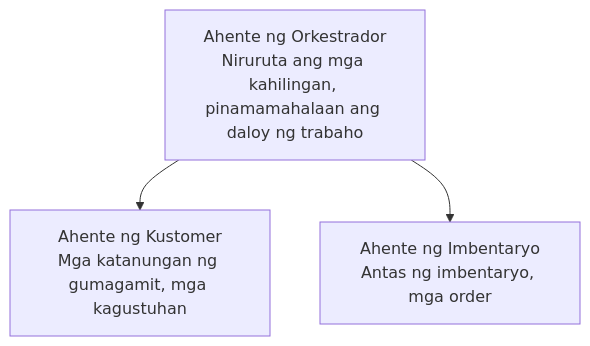
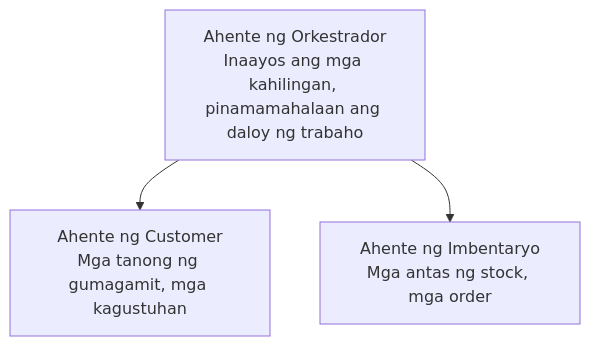
Before and after one commit to microsoft/AZD-for-beginners: the diagram in translations/tl/docs/chapter-05-multi-agent/README.md, drawn with Mermaid. The commit also changed other lines of this file and 58 other files, not shown here.

````diff
--- a/translations/tl/docs/chapter-05-multi-agent/README.md
+++ b/translations/tl/docs/chapter-05-multi-agent/README.md
@@ -54,5 +54,5 @@
 ```mermaid
 graph TD
-    Orchestrator[Ahente ng Orkestrador<br/>Niruruta ang mga kahilingan, pinamamahalaan ang daloy ng trabaho] --> Customer[Ahente ng Kustomer<br/>Mga katanungan ng gumagamit, mga kagustuhan]
-    Orchestrator --> Inventory[Ahente ng Imbentaryo<br/>Antas ng imbentaryo, mga order]
+    Orchestrator[Ahente ng Orkestrador<br/>Inaayos ang mga kahilingan, pinamamahalaan ang daloy ng trabaho] --> Customer[Ahente ng Customer<br/>Mga tanong ng gumagamit, mga kagustuhan]
+    Orchestrator --> Inventory[Ahente ng Imbentaryo<br/>Mga antas ng stock, mga order]
 ```
````
